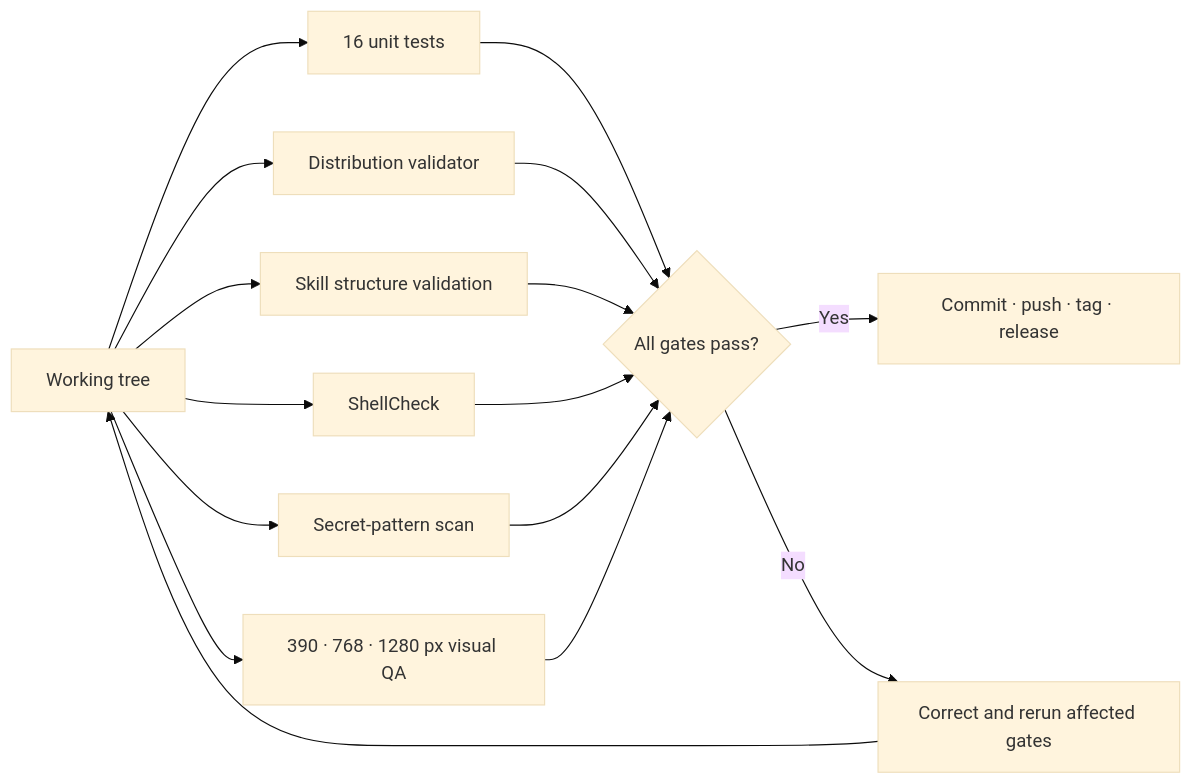
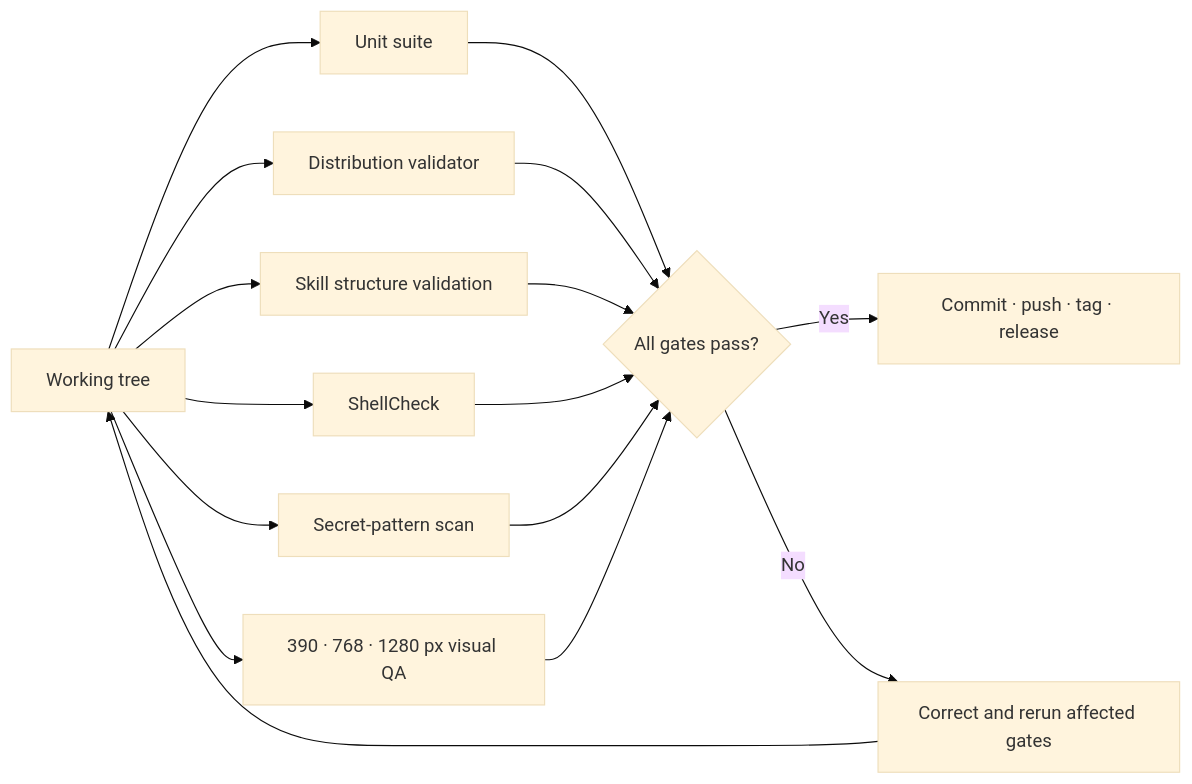
The sixth of 6 diagrams in docs/Stitch-Design-Technical-Solution.md (full-stack-plugins/stitch-design-plugin), drawn with Mermaid (base theme) before and after one commit. The commit also changed other lines of this file and 13 other files, not shown here.

````diff
--- a/docs/Stitch-Design-Technical-Solution.md
+++ b/docs/Stitch-Design-Technical-Solution.md
@@ -151,18 +151,18 @@
 ```mermaid
 flowchart LR
-    Source["Working tree"] --> Unit["16 unit tests"]
+    Source["Working tree"] --> Unit["Unit suite"]
     Source --> Dist["Distribution validator"]
     Source --> Skill["Skill structure validation"]
     Source --> Shell["ShellCheck"]
     Source --> Secrets["Secret-pattern scan"]
     Source --> Visual["390 · 768 · 1280 px visual QA"]
     Unit --> Gate{"All gates pass?"}
     Dist --> Gate
     Skill --> Gate
     Shell --> Gate
     Secrets --> Gate
     Visual --> Gate
     Gate -->|Yes| Publish["Commit · push · tag · release"]
     Gate -->|No| Fix["Correct and rerun affected gates"]
     Fix --> Source
 ```
````
